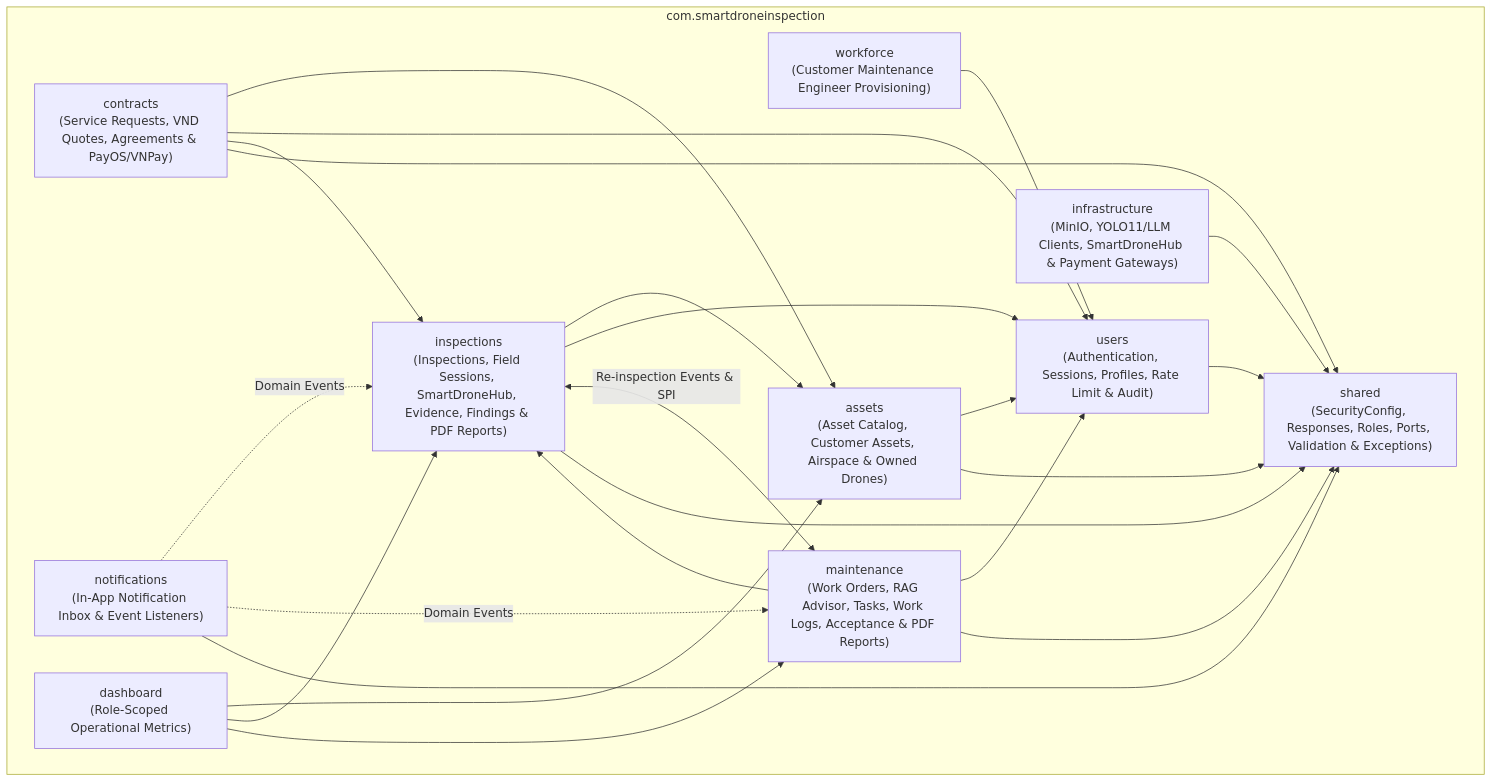
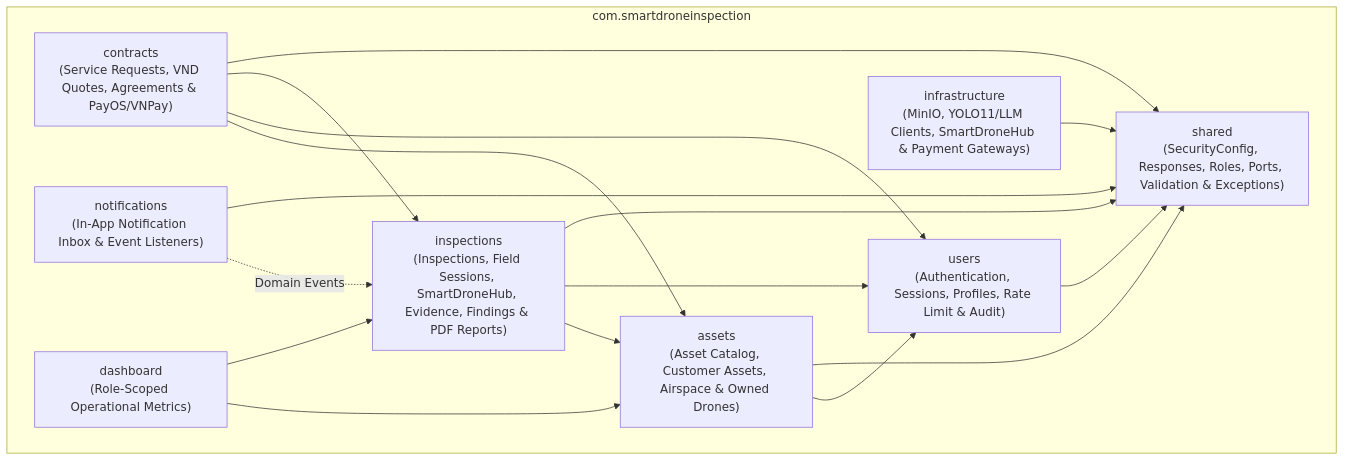
One commit to tungbach12/SmartDroneInspection-Docs changed the second of 4 diagrams in reports/report-4-software-design-document/01-system-design.md. Above: the diagram before and after it, drawn with Mermaid. The commit also changed other lines of this file and 35 other files, not shown here.

````diff
--- a/reports/report-4-software-design-document/01-system-design.md
+++ b/reports/report-4-software-design-document/01-system-design.md
@@ -96,39 +99,30 @@
 ```mermaid
 %% title: Backend Subsystem Package Diagram
 flowchart TD
   subgraph RootPkg["com.smartdroneinspection"]
     USERS["users\n(Authentication, Sessions, Profiles, Rate Limit & Audit)"]
-    WORKFORCE["workforce\n(Customer Maintenance Engineer Provisioning)"]
     CONTRACTS["contracts\n(Service Requests, VND Quotes, Agreements & PayOS/VNPay)"]
     ASSETS["assets\n(Asset Catalog, Customer Assets, Airspace & Owned Drones)"]
     INSPECTIONS["inspections\n(Inspections, Field Sessions, SmartDroneHub, Evidence, Findings & PDF Reports)"]
-    MAINTENANCE["maintenance\n(Work Orders, RAG Advisor, Tasks, Work Logs, Acceptance & PDF Reports)"]
     NOTIFICATIONS["notifications\n(In-App Notification Inbox & Event Listeners)"]
     DASHBOARD["dashboard\n(Role-Scoped Operational Metrics)"]
     INFRASTRUCTURE["infrastructure\n(MinIO, YOLO11/LLM Clients, SmartDroneHub & Payment Gateways)"]
     SHARED["shared\n(SecurityConfig, Responses, Roles, Ports, Validation & Exceptions)"]
   end
 
-  WORKFORCE --> USERS
   CONTRACTS --> ASSETS
   CONTRACTS --> USERS
   CONTRACTS --> INSPECTIONS
   ASSETS --> USERS
   INSPECTIONS --> ASSETS
   INSPECTIONS --> USERS
-  MAINTENANCE --> INSPECTIONS
-  MAINTENANCE --> USERS
   NOTIFICATIONS -.->|"Domain Events"| INSPECTIONS
-  NOTIFICATIONS -.->|"Domain Events"| MAINTENANCE
-  INSPECTIONS <-->|"Re-inspection Events & SPI"| MAINTENANCE
   DASHBOARD --> ASSETS
   DASHBOARD --> INSPECTIONS
-  DASHBOARD --> MAINTENANCE
   USERS --> SHARED
   CONTRACTS --> SHARED
   ASSETS --> SHARED
   INSPECTIONS --> SHARED
-  MAINTENANCE --> SHARED
   NOTIFICATIONS --> SHARED
   INFRASTRUCTURE --> SHARED
 ```
````
